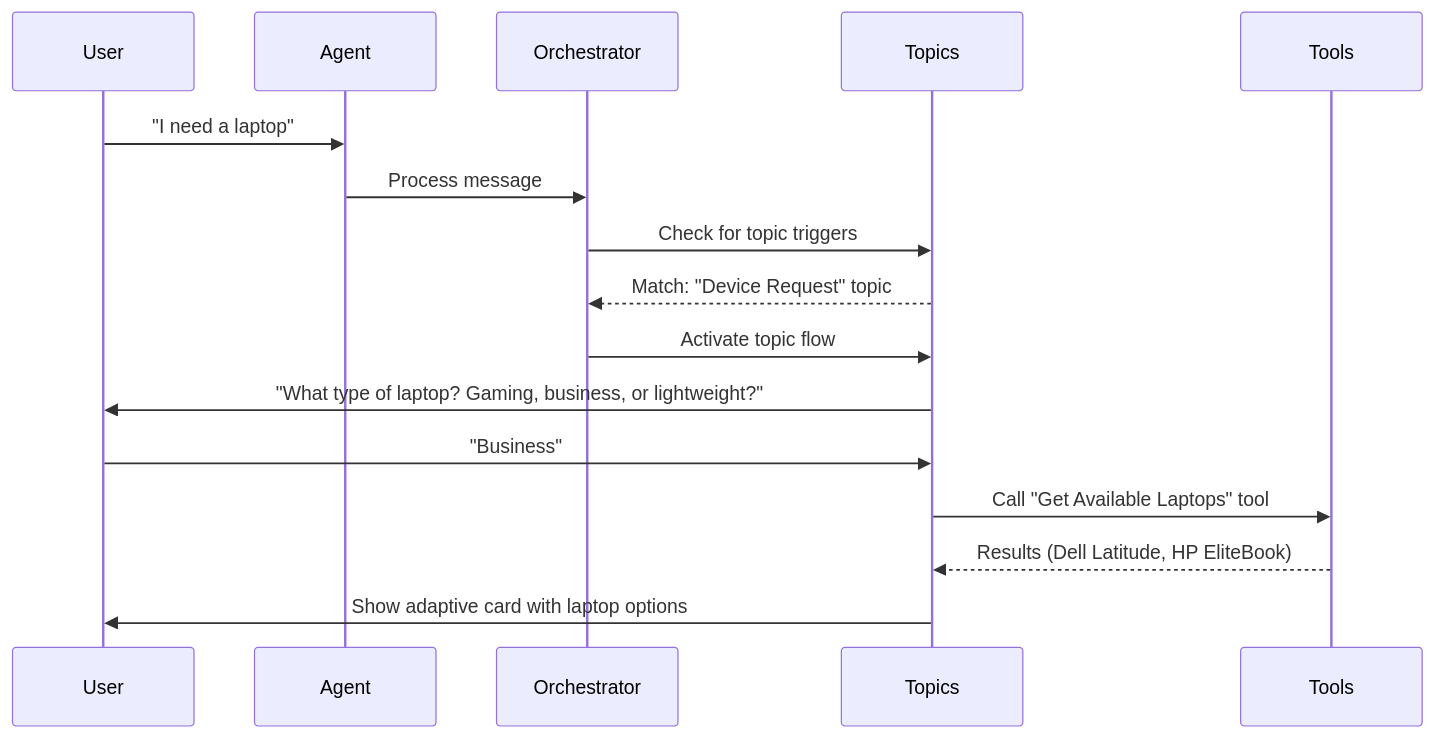
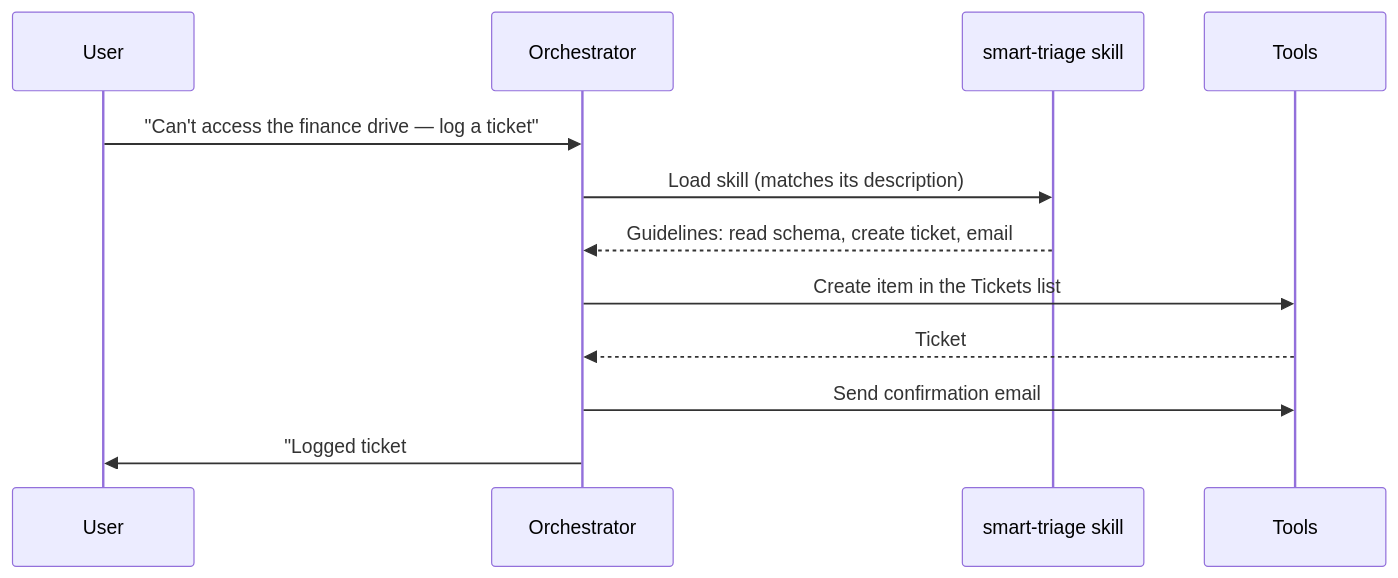
The second of 2 diagrams in docs/modules/02-copilot-studio-fundamentals/index.md (ulrikkerocks/BOOST), drawn with Mermaid before and after one commit. The commit also changed other lines of this file, not shown here.

````diff
--- a/docs/modules/02-copilot-studio-fundamentals/index.md
+++ b/docs/modules/02-copilot-studio-fundamentals/index.md
@@ -370,19 +290,14 @@
 ```mermaid
 sequenceDiagram
     participant User
-    participant Agent
     participant Orchestrator
-    participant Topics
+    participant Skill as smart-triage skill
     participant Tools
-
-    User->>Agent: "I need a laptop"
-    Agent->>Orchestrator: Process message
-    Orchestrator->>Topics: Check for topic triggers
-    Topics-->>Orchestrator: Match: "Device Request" topic
-    Orchestrator->>Topics: Activate topic flow
-    Topics->>User: "What type of laptop? Gaming, business, or lightweight?"
-    User->>Topics: "Business"
-    Topics->>Tools: Call "Get Available Laptops" tool
-    Tools-->>Topics: Results (Dell Latitude, HP EliteBook)
-    Topics->>User: Show adaptive card with laptop options
+    User->>Orchestrator: "Can't access the finance drive — log a ticket"
+    Orchestrator->>Skill: Load skill (matches its description)
+    Skill-->>Orchestrator: Guidelines: read schema, create ticket, email
+    Orchestrator->>Tools: Create item in the Tickets list
+    Tools-->>Orchestrator: Ticket #1234 created
+    Orchestrator->>Tools: Send confirmation email
+    Orchestrator->>User: "Logged ticket #1234 and emailed you the details"
 ```
````
